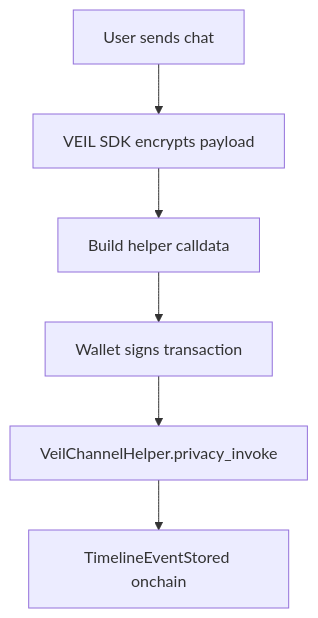
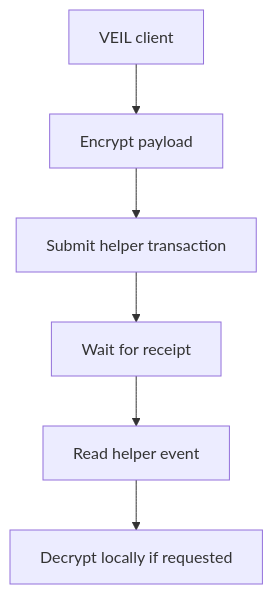
The diagram in docs/onchain-chat-testnet.md (DXJLabs/velix), drawn with Mermaid before and after one commit. The commit also changed other lines of this file and 15 other files, not shown here.

Commit message:
Update VEIL docs and channel UX

````diff
--- a/docs/onchain-chat-testnet.md
+++ b/docs/onchain-chat-testnet.md
@@ -30,8 +24,8 @@
 ```mermaid
 flowchart TD
-  A["User sends chat"] --> B["VEIL SDK encrypts payload"]
-  B --> C["Build helper calldata"]
-  C --> D["Wallet signs transaction"]
-  D --> E["VeilChannelHelper.privacy_invoke"]
-  E --> F["TimelineEventStored onchain"]
+  A["VEIL client"] --> B["Encrypt payload"]
+  B --> C["Submit helper transaction"]
+  C --> D["Wait for receipt"]
+  D --> E["Read helper event"]
+  E --> F["Decrypt locally if requested"]
 ```
````
